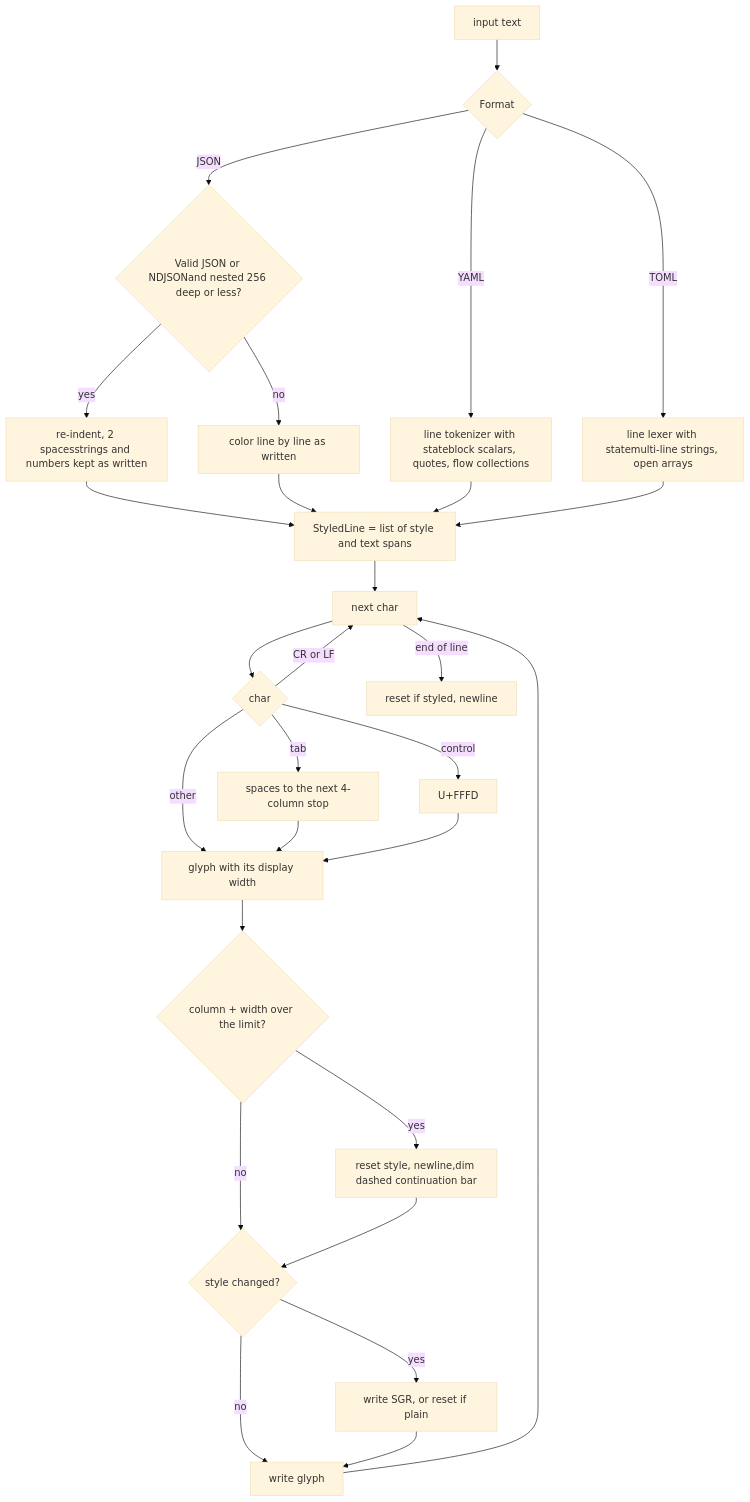
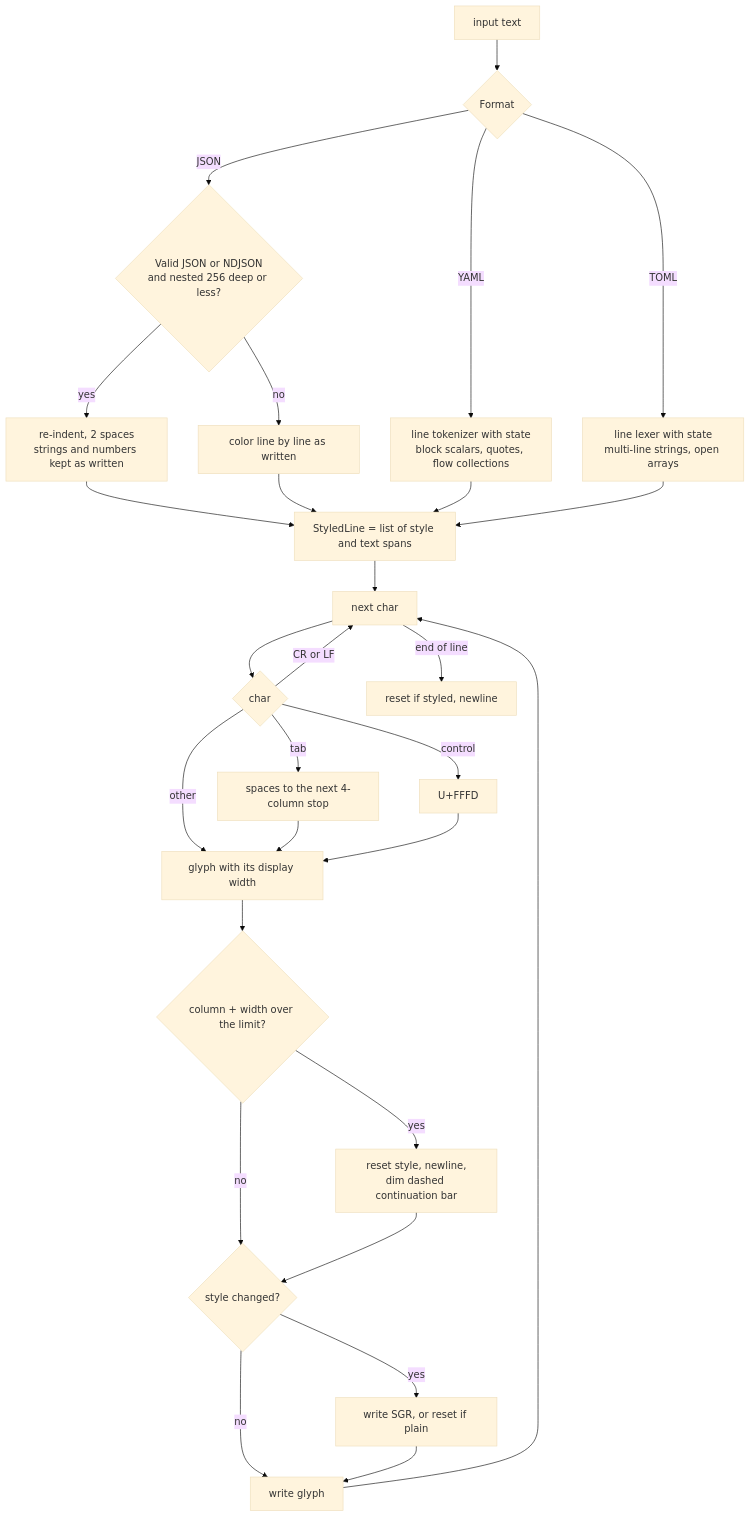
Before and after one commit to machinageist/mu: the fifth of 8 diagrams in docs/muLogicMaps.md, drawn with Mermaid (base theme). The commit also changed other lines of this file and 2 other files, not shown here.

````diff
--- a/docs/muLogicMaps.md
+++ b/docs/muLogicMaps.md
@@ -163,31 +171,30 @@
 ```mermaid
 flowchart TD
   IN["input text"] --> F{"Format"}
-  F -->|"JSON"| JV{"Valid JSON or NDJSONand nested 256 deep or less?"}
-  JV -->|"yes"| JP["re-indent, 2 spacesstrings and numbers kept as written"]
+  F -->|"JSON"| JV{"Valid JSON or NDJSON<br/>and nested 256 deep or less?"}
+  JV -->|"yes"| JP["re-indent, 2 spaces<br/>strings and numbers kept as written"]
   JV -->|"no"| JR["color line by line as written"]
-  F -->|"YAML"| Y["line tokenizer with stateblock scalars, quotes, flow collections"]
-  F -->|"TOML"| T["line lexer with statemulti-line strings, open arrays"]
+  F -->|"YAML"| Y["line tokenizer with state<br/>block scalars, quotes, flow collections"]
+  F -->|"TOML"| T["line lexer with state<br/>multi-line strings, open arrays"]
   JP --> L["StyledLine = list of style and text spans"]
   JR --> L
   Y --> L
   T --> L
   L --> C["next char"]
   C --> Q{"char"}
   Q -->|"CR or LF"| C
   Q -->|"tab"| TAB["spaces to the next 4-column stop"]
   Q -->|"control"| REP["U+FFFD"]
   Q -->|"other"| G["glyph with its display width"]
   TAB --> G
   REP --> G
   G --> OV{"column + width over the limit?"}
-  OV -->|"yes"| BR["reset style, newline,dim dashed continuation bar"]
+  OV -->|"yes"| BR["reset style, newline,<br/>dim dashed continuation bar"]
   OV -->|"no"| SC{"style changed?"}
   BR --> SC
   SC -->|"yes"| SG["write SGR, or reset if plain"]
   SC -->|"no"| PUSH["write glyph"]
   SG --> PUSH
   PUSH --> C
   C -->|"end of line"| EL["reset if styled, newline"]
-    
 ```
````
